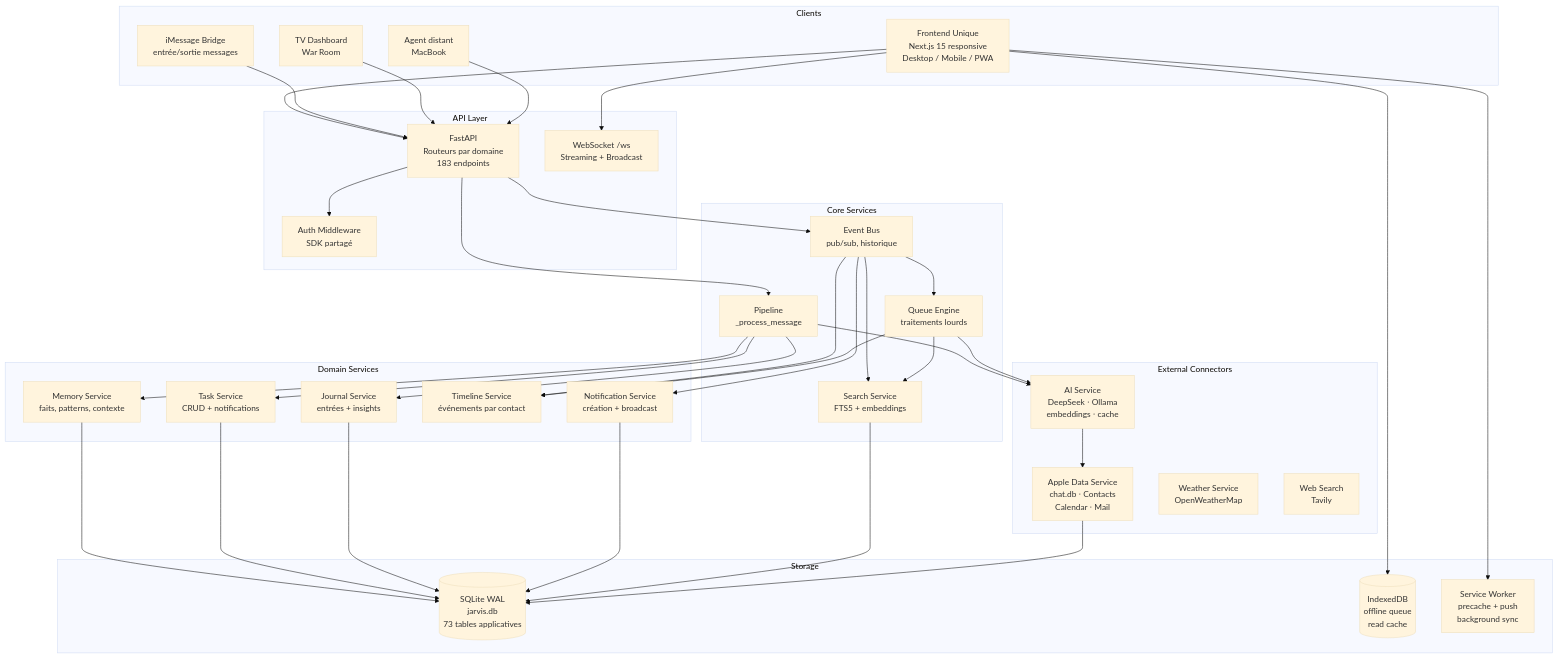
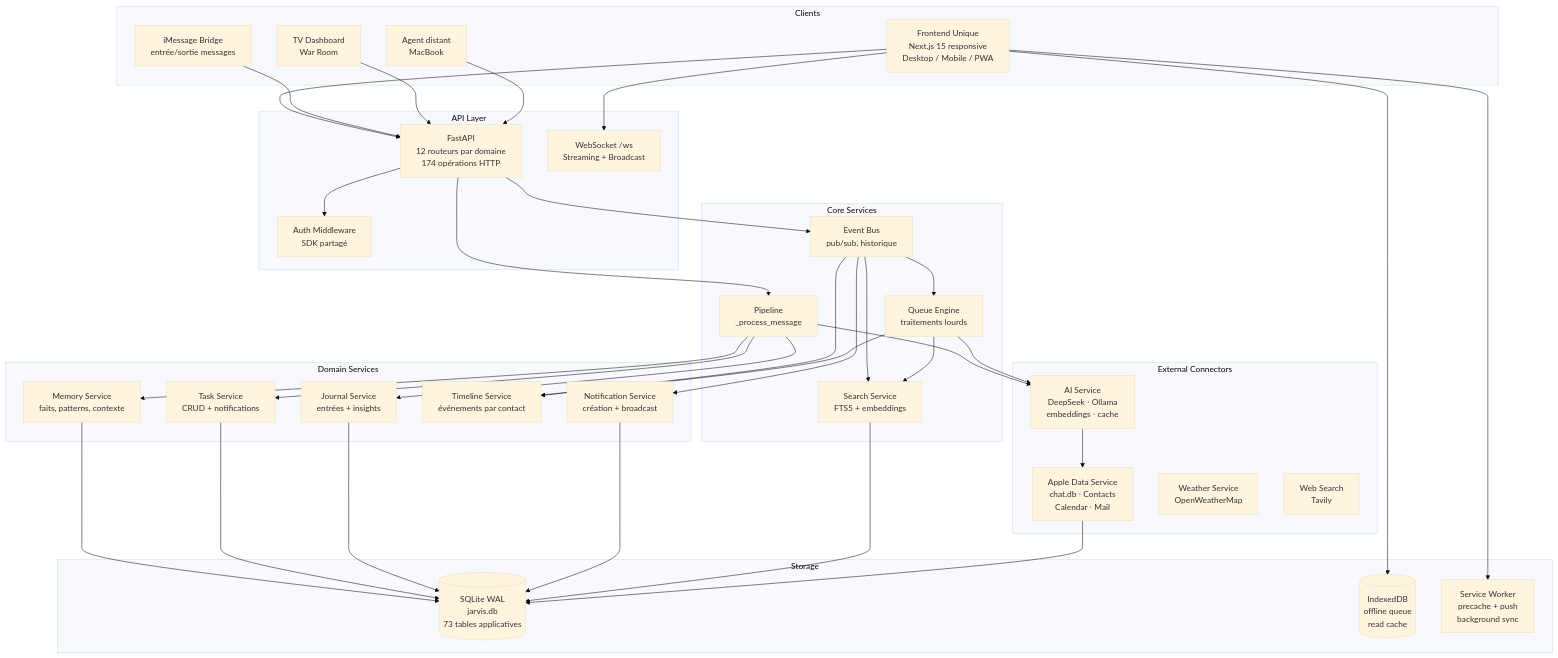
One commit to AVTAVANTTOUT2/JarvisAPI changed the first of 3 diagrams in Architecture/08_ARCHITECTURE_CIBLE.md. Above: the diagram before and after it, drawn with Mermaid (base theme). The commit also changed other lines of this file and 18 other files, not shown here.

Commit message:
docs: close phase 4 FastAPI modularization

````diff
--- a/Architecture/08_ARCHITECTURE_CIBLE.md
+++ b/Architecture/08_ARCHITECTURE_CIBLE.md
@@ -12,79 +12,79 @@
 ```mermaid
 graph TB
     subgraph "Clients"
         FRONT["Frontend Unique<br/>Next.js 15 responsive<br/>Desktop / Mobile / PWA"]
         IMESSAGE_BRIDGE["iMessage Bridge<br/>entrée/sortie messages"]
         TV["TV Dashboard<br/>War Room"]
         AGENT["Agent distant<br/>MacBook"]
     end
 
     subgraph "API Layer"
-        API["FastAPI<br/>Routeurs par domaine<br/>183 endpoints"]
+        API["FastAPI<br/>12 routeurs par domaine<br/>174 opérations HTTP"]
         WS["WebSocket /ws<br/>Streaming + Broadcast"]
         AUTH["Auth Middleware<br/>SDK partagé"]
     end
 
     subgraph "Core Services"
         ORCH["Pipeline<br/>_process_message"]
         EVENT_BUS["Event Bus<br/>pub/sub, historique"]
         QUEUE["Queue Engine<br/>traitements lourds"]
         SEARCH["Search Service<br/>FTS5 + embeddings"]
     end
 
     subgraph "Domain Services"
         MEMORY["Memory Service<br/>faits, patterns, contexte"]
         TASK["Task Service<br/>CRUD + notifications"]
         JOURNAL["Journal Service<br/>entrées + insights"]
         TIMELINE["Timeline Service<br/>événements par contact"]
         NOTIF["Notification Service<br/>création + broadcast"]
     end
 
     subgraph "External Connectors"
         APPLE["Apple Data Service<br/>chat.db ⋅ Contacts<br/>Calendar ⋅ Mail"]
         LLM["AI Service<br/>DeepSeek ⋅ Ollama<br/>embeddings ⋅ cache"]
         WEATHER["Weather Service<br/>OpenWeatherMap"]
         WEB_SEARCH["Web Search<br/>Tavily"]
     end
 
     subgraph "Storage"
         SQLITE[(SQLite WAL<br/>jarvis.db<br/>73 tables applicatives)]
         IDB[(IndexedDB<br/>offline queue<br/>read cache)]
         SW["Service Worker<br/>precache + push<br/>background sync"]
     end
 
     FRONT --> API
     FRONT --> WS
     IMESSAGE_BRIDGE --> API
     TV --> API
     AGENT --> API
 
     API --> AUTH
     API --> ORCH
     API --> EVENT_BUS
 
     ORCH --> MEMORY
     ORCH --> TASK
     ORCH --> JOURNAL
     ORCH --> LLM
 
     EVENT_BUS --> NOTIF
     EVENT_BUS --> QUEUE
     EVENT_BUS --> TIMELINE
     EVENT_BUS --> SEARCH
 
     QUEUE --> LLM
     QUEUE --> SEARCH
     QUEUE --> TIMELINE
 
     MEMORY --> SQLITE
     TASK --> SQLITE
     JOURNAL --> SQLITE
     NOTIF --> SQLITE
     SEARCH --> SQLITE
 
     APPLE --> SQLITE
     LLM --> APPLE
 
     FRONT --> IDB
     FRONT --> SW
 ```
````
